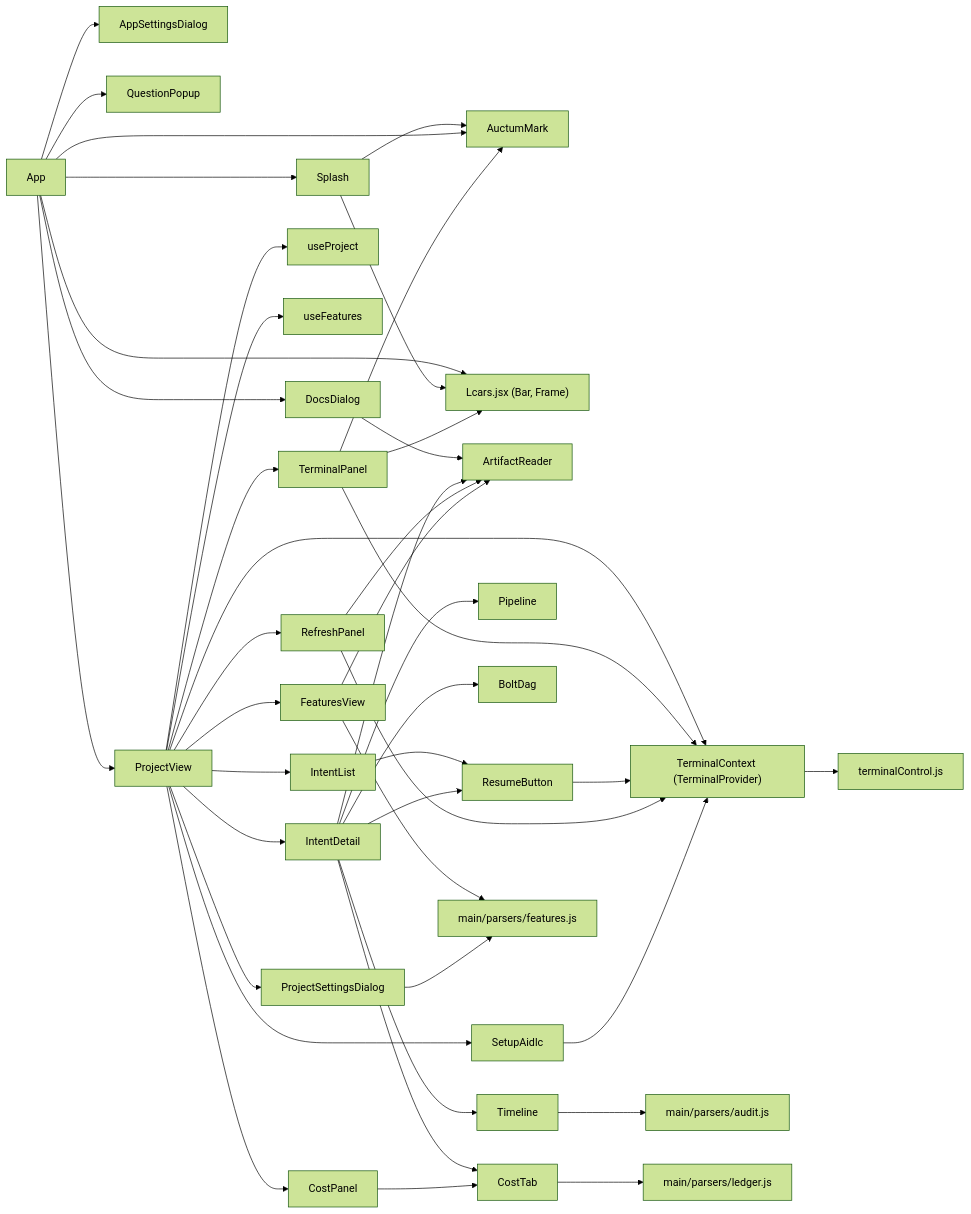
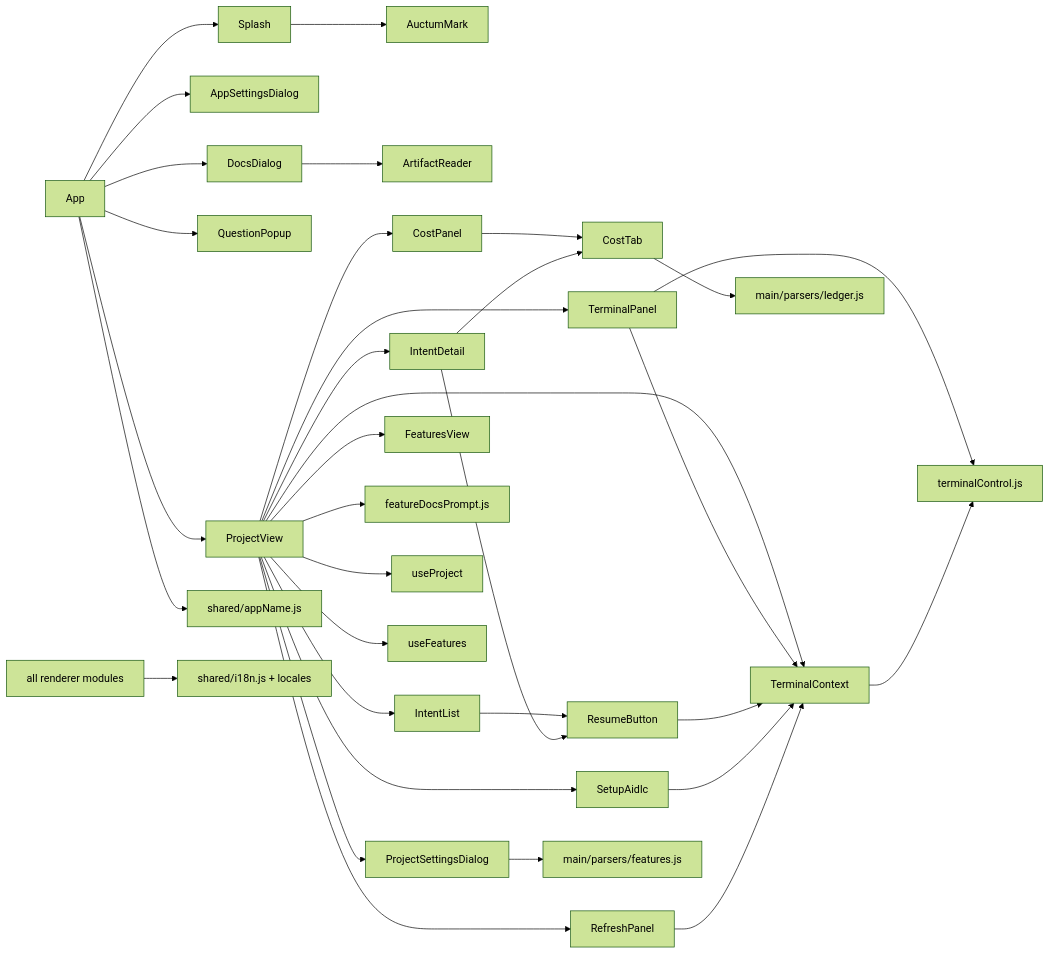
One commit to tochman/ai-dlc-thadeus changed the diagram in aidlc/spaces/default/codekb/aidlc-dash/dependencies.md. Above: the diagram before and after it, drawn with Mermaid (forest theme). The commit also changed other lines of this file and 35 other files, not shown here.

````diff
--- a/aidlc/spaces/default/codekb/aidlc-dash/dependencies.md
+++ b/aidlc/spaces/default/codekb/aidlc-dash/dependencies.md
@@ -31,38 +41,31 @@
 ```mermaid
 flowchart LR
   App --> Splash --> AuctumMark
-  App --> AuctumMark
-  App --> Lcars["Lcars.jsx (Bar, Frame)"]
-  Splash --> Lcars
   App --> AppSettingsDialog
   App --> DocsDialog --> ArtifactReader
   App --> QuestionPopup
   App --> ProjectView
+  App --> AppName["shared/appName.js"]
+  ProjectView --> TerminalProvider["TerminalContext"]
+  ProjectView --> TerminalPanel
+  ProjectView --> SetupAidlc
+  ProjectView --> ProjectSettingsDialog
+  ProjectView --> CostPanel --> CostTab
+  ProjectView --> IntentList --> ResumeButton
+  ProjectView --> IntentDetail --> CostTab
+  IntentDetail --> ResumeButton
+  ProjectView --> RefreshPanel
+  ProjectView --> FeaturesView
+  ProjectView --> FDP["featureDocsPrompt.js"]
   ProjectView --> useProject
   ProjectView --> useFeatures
-  ProjectView --> IntentList --> ResumeButton
-  ProjectView --> IntentDetail
-  IntentDetail --> Pipeline
-  IntentDetail --> Timeline
-  IntentDetail --> BoltDag
-  IntentDetail --> ArtifactReader
-  IntentDetail --> CostTab
-  IntentDetail --> ResumeButton
-  ProjectView --> CostPanel --> CostTab
-  ProjectView --> RefreshPanel --> ArtifactReader
-  ProjectView --> SetupAidlc
-  ProjectView --> FeaturesView --> ArtifactReader
-  ProjectView --> ProjectSettingsDialog
-  ProjectView --> TerminalProvider["TerminalContext (TerminalProvider)"]
-  ProjectView --> TerminalPanel --> TerminalProvider
-  TerminalPanel --> AuctumMark
-  TerminalPanel --> Lcars
-  TerminalProvider --> TerminalControl["terminalControl.js"]
+  TerminalPanel --> TerminalProvider
+  TerminalPanel --> TerminalControl["terminalControl.js"]
+  TerminalProvider --> TerminalControl
   ResumeButton --> TerminalProvider
+  SetupAidlc --> TerminalProvider
   RefreshPanel --> TerminalProvider
-  SetupAidlc --> TerminalProvider
-  Timeline --> AuditParser["main/parsers/audit.js"]
   CostTab --> LedgerParser["main/parsers/ledger.js"]
-  FeaturesView --> FeaturesParser["main/parsers/features.js"]
-  ProjectSettingsDialog --> FeaturesParser
+  ProjectSettingsDialog --> FeaturesParser["main/parsers/features.js"]
+  Renderer["all renderer modules"] --> SharedI18n["shared/i18n.js + locales"]
 ```
````
